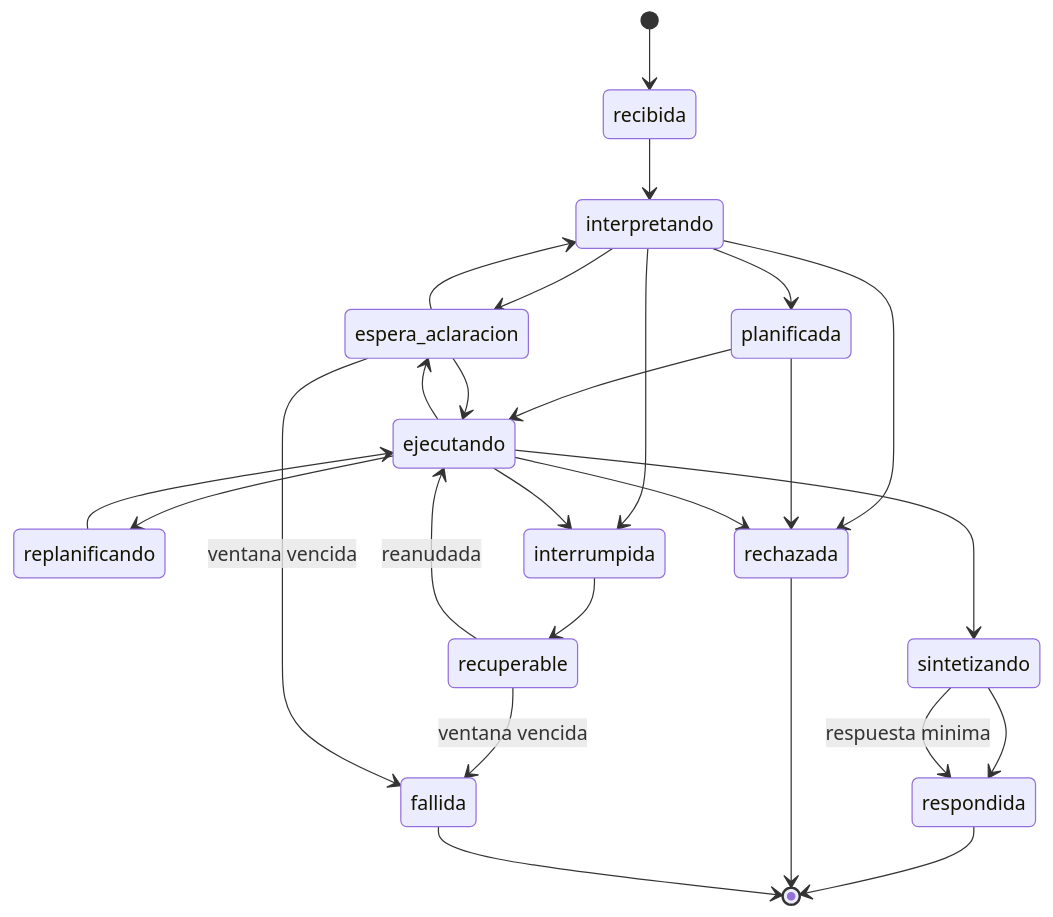
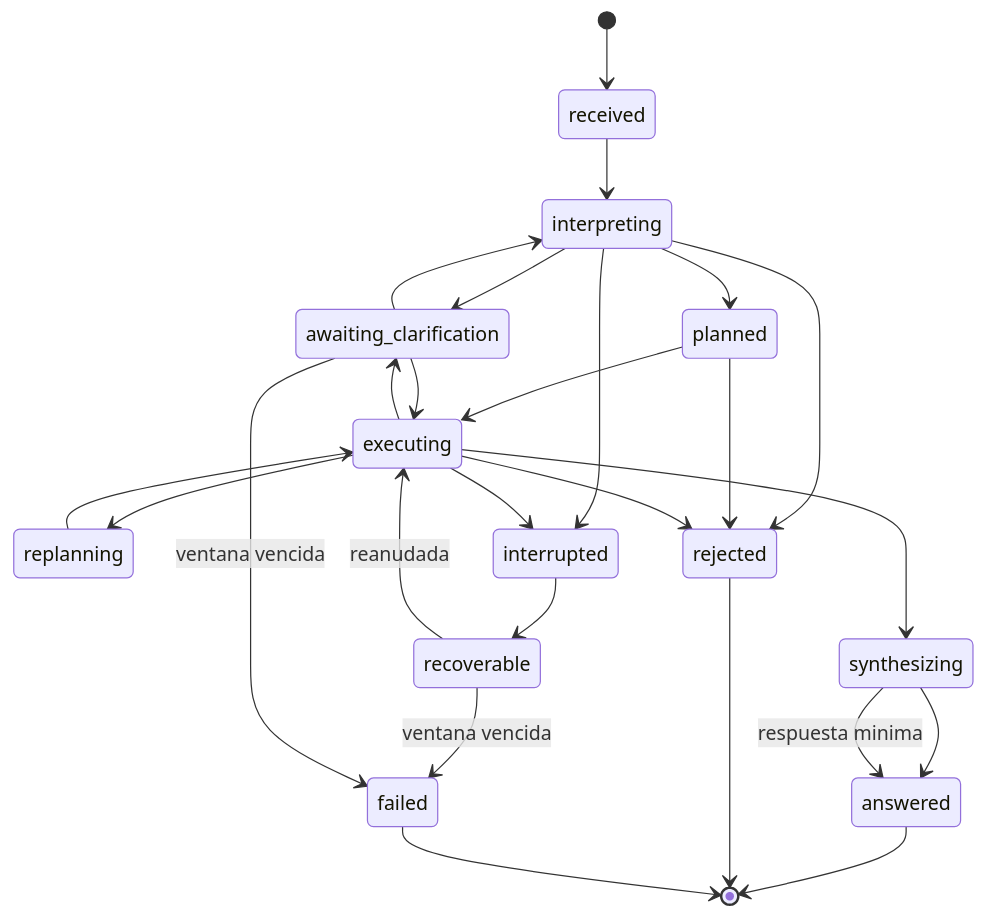
One commit to RamiroAlarconLasagno/querypilot changed the third of 4 diagrams in docs/09_parte_ejecutor.md. Above: the diagram before and after it, drawn with Mermaid. The commit also changed other lines of this file and 12 other files, not shown here.

````diff
--- a/docs/09_parte_ejecutor.md
+++ b/docs/09_parte_ejecutor.md
@@ -458,28 +458,28 @@
 ```mermaid
 stateDiagram-v2
-    [*] --> recibida
-    recibida --> interpretando
-    interpretando --> espera_aclaracion
-    espera_aclaracion --> interpretando
-    interpretando --> planificada
-    planificada --> ejecutando
-    ejecutando --> espera_aclaracion
-    espera_aclaracion --> ejecutando
-    ejecutando --> replanificando
-    replanificando --> ejecutando
-    ejecutando --> sintetizando
-    sintetizando --> respondida
-    interpretando --> rechazada
-    planificada --> rechazada
-    ejecutando --> rechazada
-    interpretando --> interrumpida
-    ejecutando --> interrumpida
-    sintetizando --> respondida : respuesta minima
-    interrumpida --> recuperable
-    recuperable --> ejecutando : reanudada
-    recuperable --> fallida : ventana vencida
-    espera_aclaracion --> fallida : ventana vencida
-    respondida --> [*]
-    rechazada --> [*]
-    fallida --> [*]
+    [*] --> received
+    received --> interpreting
+    interpreting --> awaiting_clarification
+    awaiting_clarification --> interpreting
+    interpreting --> planned
+    planned --> executing
+    executing --> awaiting_clarification
+    awaiting_clarification --> executing
+    executing --> replanning
+    replanning --> executing
+    executing --> synthesizing
+    synthesizing --> answered
+    interpreting --> rejected
+    planned --> rejected
+    executing --> rejected
+    interpreting --> interrupted
+    executing --> interrupted
+    synthesizing --> answered : respuesta minima
+    interrupted --> recoverable
+    recoverable --> executing : reanudada
+    recoverable --> failed : ventana vencida
+    awaiting_clarification --> failed : ventana vencida
+    answered --> [*]
+    rejected --> [*]
+    failed --> [*]
 ```
````
